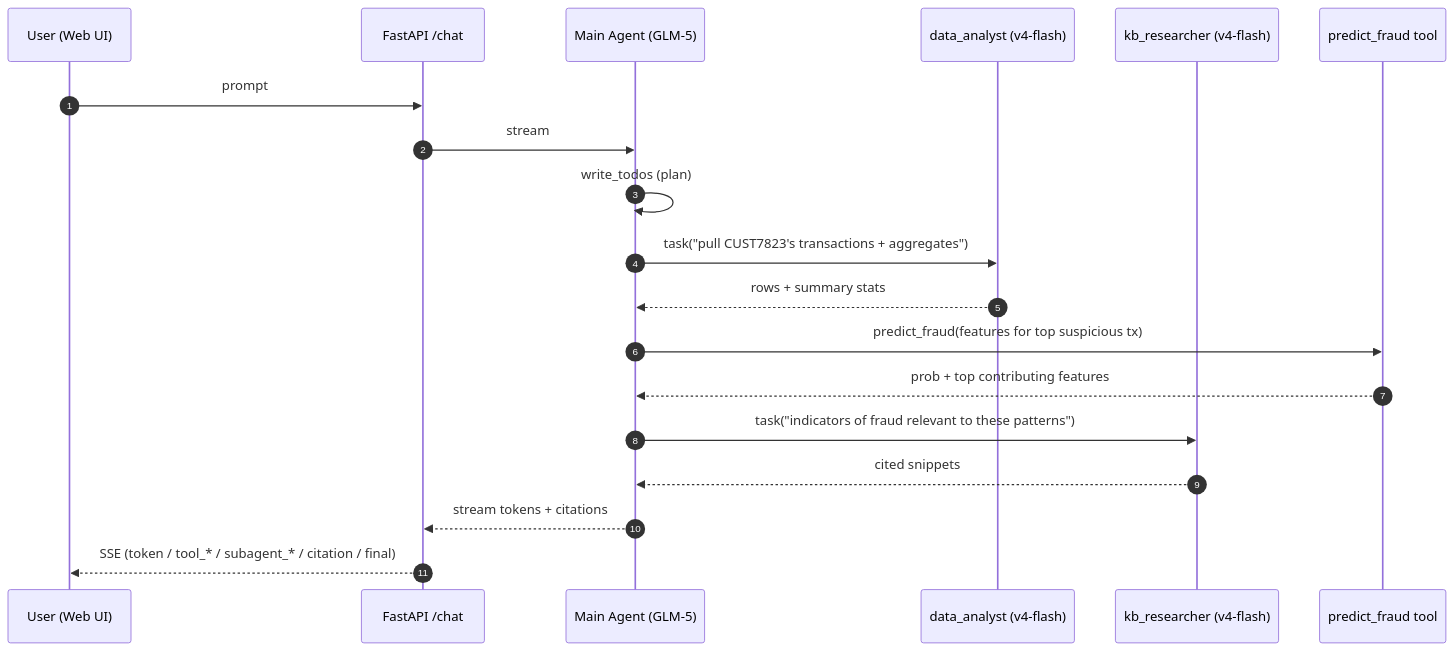
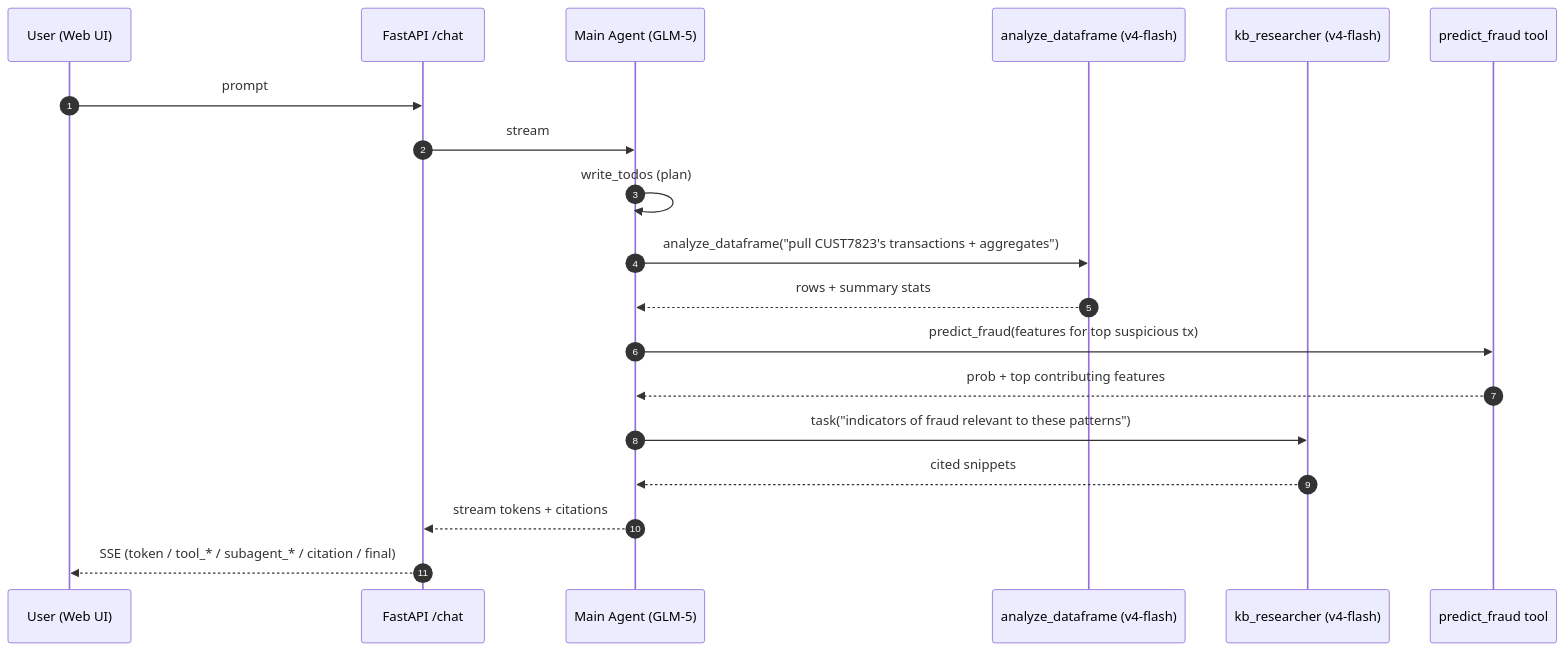
Before and after one commit to lukacerr/lovelytics: the second of 3 diagrams in README.md, drawn with Mermaid. The commit also changed other lines of this file and 25 other files, not shown here.

````diff
--- a/README.md
+++ b/README.md
@@ -53,22 +54,22 @@
 ```mermaid
 sequenceDiagram
   autonumber
   participant U as User (Web UI)
   participant API as FastAPI /chat
   participant M as Main Agent (GLM-5)
-  participant DA as data_analyst (v4-flash)
+  participant DA as analyze_dataframe (v4-flash)
   participant KR as kb_researcher (v4-flash)
   participant ML as predict_fraud tool
 
   U->>API: prompt
   API->>M: stream
   M->>M: write_todos (plan)
-  M->>DA: task("pull CUST7823's transactions + aggregates")
+  M->>DA: analyze_dataframe("pull CUST7823's transactions + aggregates")
   DA-->>M: rows + summary stats
   M->>ML: predict_fraud(features for top suspicious tx)
   ML-->>M: prob + top contributing features
   M->>KR: task("indicators of fraud relevant to these patterns")
   KR-->>M: cited snippets
   M-->>API: stream tokens + citations
   API-->>U: SSE (token / tool_* / subagent_* / citation / final)
 ```
````
